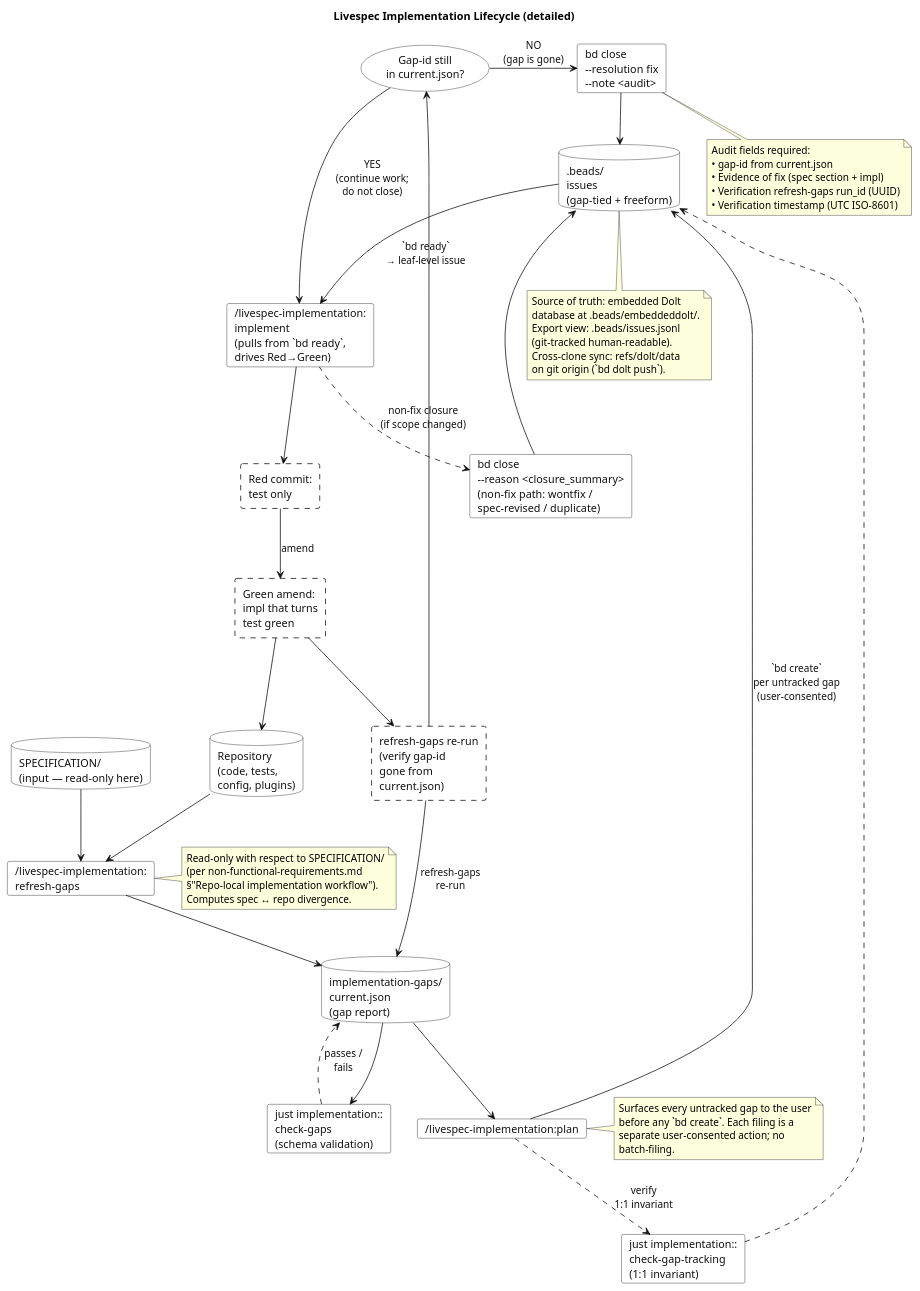
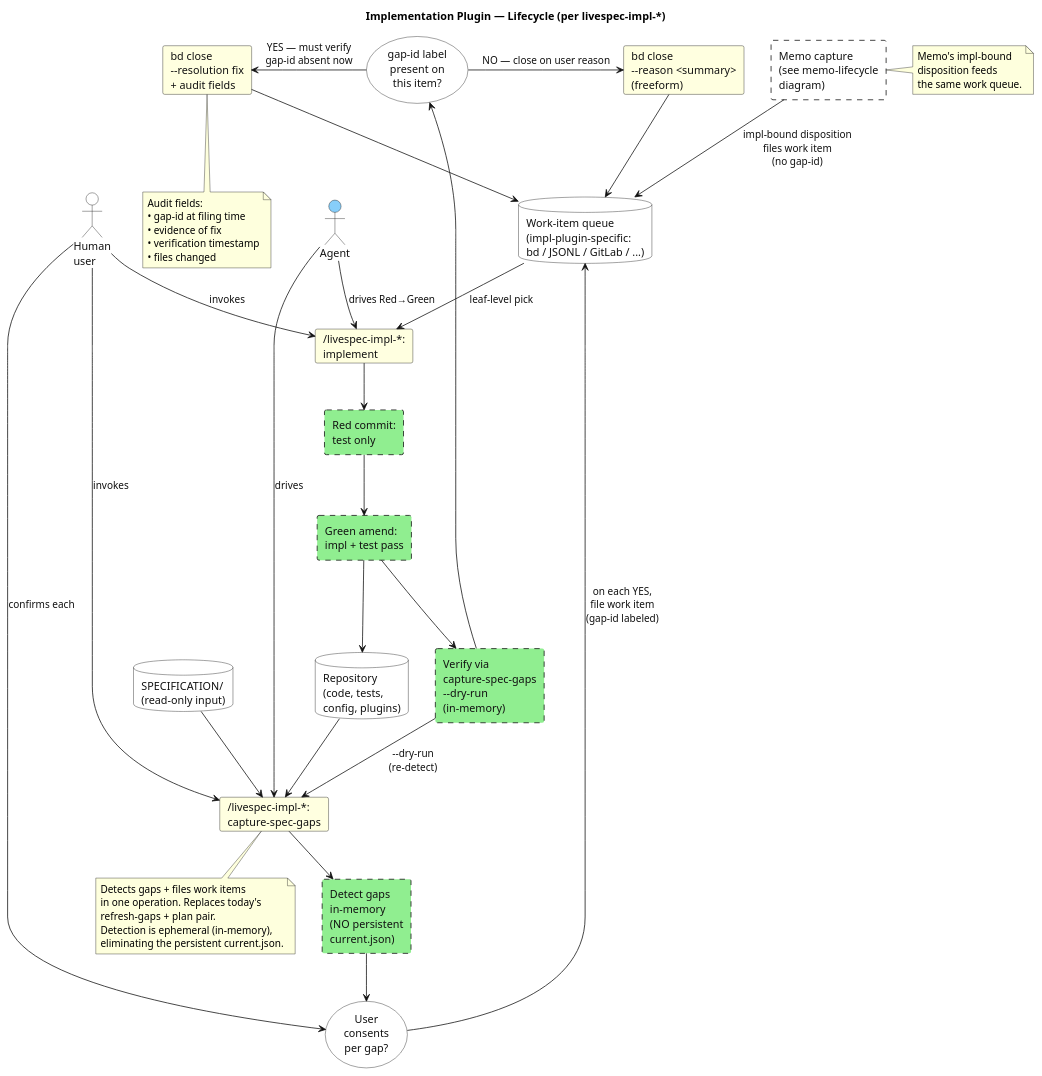
One commit to thewoolleyman/livespec changed the diagram in research/workflow-processes/diagrams/implementation-lifecycle.plantuml. Above: the diagram before and after it, drawn with PlantUML. The commit also changed 27 other files, not shown here.

```diff
--- a/research/workflow-processes/diagrams/implementation-lifecycle.plantuml
+++ b/research/workflow-processes/diagrams/implementation-lifecycle.plantuml
@@ -1,81 +1,87 @@
 @startuml implementation-lifecycle
-title Livespec Implementation Lifecycle (detailed)
+title Implementation Plugin — Lifecycle (per livespec-impl-*)
 skinparam defaultFontName Helvetica
 skinparam shadowing false
 skinparam BackgroundColor white
 skinparam ArrowColor #111
 skinparam ArrowFontColor #111
 skinparam rectangle {
   BorderColor #111
   BackgroundColor white
   FontColor #111
 }
 skinparam database {
   BorderColor #111
   BackgroundColor white
   FontColor #111
 }
 skinparam usecase {
   BorderColor #111
   BackgroundColor white
   FontColor #111
 }
 skinparam card {
   BorderColor #111
   BackgroundColor white
   FontColor #111
 }
+skinparam actor {
+  BorderColor #111
+  BackgroundColor white
+  FontColor #111
+}
 
-database  "SPECIFICATION/\n(input — read-only here)" as Spec
-database  "Repository\n(code, tests,\nconfig, plugins)" as Repo
+actor "Human\nuser" as HumanUser
+actor "Agent" as Agent #LightSkyBlue
 
-card      "/livespec-implementation:\nrefresh-gaps" as RefreshCmd
-database  "implementation-gaps/\ncurrent.json\n(gap report)" as CurrentJson
-card      "just implementation::\ncheck-gaps\n(schema validation)" as CheckGapsCmd
+database "SPECIFICATION/\n(read-only input)" as Spec
+database "Repository\n(code, tests,\nconfig, plugins)" as Repo
 
-card      "/livespec-implementation:plan" as PlanCmd
-database  ".beads/\nissues\n(gap-tied + freeform)" as Beads
-card      "just implementation::\ncheck-gap-tracking\n(1:1 invariant)" as CheckTrackingCmd
+card "/livespec-impl-*:\ncapture-spec-gaps" as CaptureGaps #LightYellow
+rectangle "Detect gaps\nin-memory\n(NO persistent\ncurrent.json)" as DetectGaps #LightGreen;line.dashed
 
-card      "/livespec-implementation:\nimplement\n(pulls from `bd ready`,\ndrives Red→Green)" as ImplementCmd
-rectangle "Red commit:\ntest only" as RedCommit #FFFFFF;line.dashed
-rectangle "Green amend:\nimpl that turns\ntest green" as GreenCommit #FFFFFF;line.dashed
-rectangle "refresh-gaps re-run\n(verify gap-id\ngone from\ncurrent.json)" as VerifyClose #FFFFFF;line.dashed
-usecase   "Gap-id still\nin current.json?" as VerifiedClosed
+usecase "User\nconsents\nper gap?" as PerGapConsent
+database "Work-item queue\n(impl-plugin-specific:\nbd / JSONL / GitLab / ...)" as WorkQueue
 
-card      "bd close\n--resolution fix\n--note <audit>" as CloseFix
-card      "bd close\n--reason <closure_summary>\n(non-fix path: wontfix /\nspec-revised / duplicate)" as CloseNonFix
+card "/livespec-impl-*:\nimplement" as ImplementCmd #LightYellow
+rectangle "Red commit:\ntest only" as RedCommit #LightGreen;line.dashed
+rectangle "Green amend:\nimpl + test pass" as GreenCommit #LightGreen;line.dashed
+rectangle "Verify via\ncapture-spec-gaps\n--dry-run\n(in-memory)" as Verify #LightGreen;line.dashed
 
-Spec --> RefreshCmd
-Repo --> RefreshCmd
-RefreshCmd --> CurrentJson
-CurrentJson --> CheckGapsCmd
-CheckGapsCmd ..> CurrentJson : passes /\nfails
+usecase "gap-id label\npresent on\nthis item?" as GapTied
+card "bd close\n--resolution fix\n+ audit fields" as CloseFix #LightYellow
+card "bd close\n--reason <summary>\n(freeform)" as CloseFreeform #LightYellow
 
-CurrentJson --> PlanCmd
-PlanCmd --> Beads : `bd create`\nper untracked gap\n(user-consented)
-PlanCmd ..> CheckTrackingCmd : verify\n1:1 invariant
-CheckTrackingCmd ..> Beads
+rectangle "Memo capture\n(see memo-lifecycle\ndiagram)" as MemoCapture #FFFFFF;line.dashed
+note right of MemoCapture : Memo's impl-bound\ndisposition feeds\nthe same work queue.
 
-Beads --> ImplementCmd : `bd ready`\n→ leaf-level issue
+HumanUser --> CaptureGaps : invokes
+Agent --> CaptureGaps : drives
+Spec --> CaptureGaps
+Repo --> CaptureGaps
+CaptureGaps --> DetectGaps
+DetectGaps --> PerGapConsent
+HumanUser --> PerGapConsent : confirms each
+PerGapConsent --> WorkQueue : on each YES,\nfile work item\n(gap-id labeled)
+MemoCapture --> WorkQueue : impl-bound disposition\nfiles work item\n(no gap-id)
+
+WorkQueue --> ImplementCmd : leaf-level pick
+HumanUser --> ImplementCmd : invokes
+Agent --> ImplementCmd : drives Red→Green
 ImplementCmd --> RedCommit
-RedCommit --> GreenCommit : amend
+RedCommit --> GreenCommit
 GreenCommit --> Repo
-GreenCommit --> VerifyClose
-VerifyClose --> CurrentJson : refresh-gaps\nre-run
-VerifyClose --> VerifiedClosed
-VerifiedClosed -right-> CloseFix : NO\n(gap is gone)
-VerifiedClosed -down-> ImplementCmd : YES\n(continue work;\ndo not close)
-ImplementCmd ..> CloseNonFix : non-fix closure\n(if scope changed)
+GreenCommit --> Verify
+Verify --> CaptureGaps : --dry-run\n(re-detect)
 
-CloseFix --> Beads
-CloseNonFix --> Beads
+Verify --> GapTied
+GapTied -left-> CloseFix : YES — must verify\ngap-id absent now
+GapTied -right-> CloseFreeform : NO — close on user reason
+CloseFix --> WorkQueue
+CloseFreeform --> WorkQueue
 
-note right of RefreshCmd : Read-only with respect to SPECIFICATION/\n(per non-functional-requirements.md\n§"Repo-local implementation workflow").\nComputes spec ↔ repo divergence.
+note bottom of CaptureGaps : Detects gaps + files work items\nin one operation. Replaces today's\nrefresh-gaps + plan pair.\nDetection is ephemeral (in-memory),\neliminating the persistent current.json.
 
-note right of PlanCmd : Surfaces every untracked gap to the user\nbefore any `bd create`. Each filing is a\nseparate user-consented action; no\nbatch-filing.
+note bottom of CloseFix : Audit fields:\n• gap-id at filing time\n• evidence of fix\n• verification timestamp\n• files changed
 
-note bottom of CloseFix : Audit fields required:\n• gap-id from current.json\n• Evidence of fix (spec section + impl)\n• Verification refresh-gaps run_id (UUID)\n• Verification timestamp (UTC ISO-8601)
-
-note bottom of Beads : Source of truth: embedded Dolt\ndatabase at .beads/embeddeddolt/.\nExport view: .beads/issues.jsonl\n(git-tracked human-readable).\nCross-clone sync: refs/dolt/data\non git origin (`bd dolt push`).
 @enduml
```
